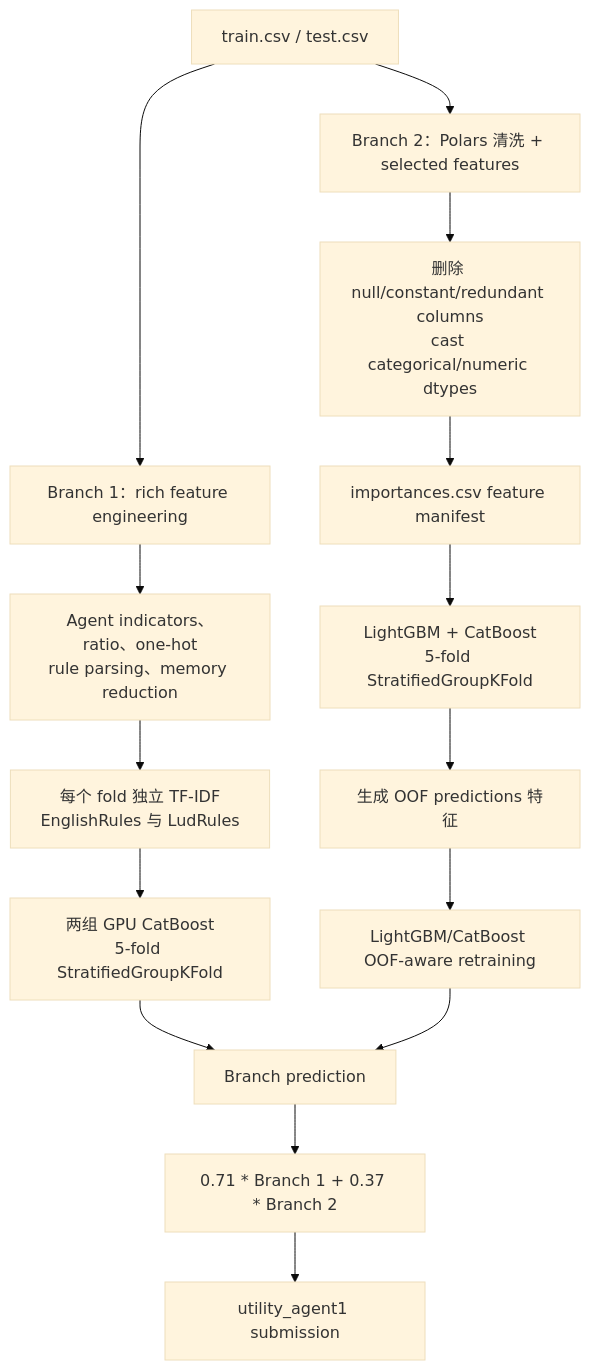
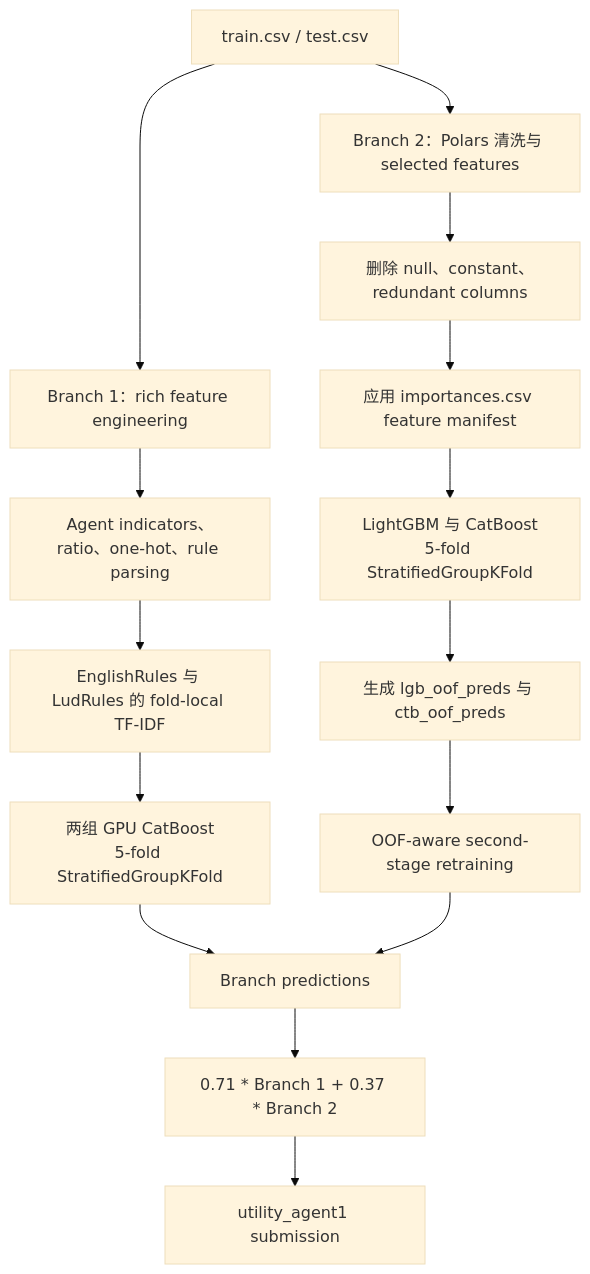
Before and after one commit to huajianv587/um-game-playing-strength-of-mcts-variants_huajian: the diagram in README_zh.md, drawn with Mermaid (base theme). The commit also changed other lines of this file and 1 other file, not shown here.

````diff
--- a/README_zh.md
+++ b/README_zh.md
@@ -40,17 +37,17 @@
 ```mermaid
 graph TD
     A[train.csv / test.csv] --> B1[Branch 1：rich feature engineering]
-    A --> B2[Branch 2：Polars 清洗 + selected features]
-    B1 --> C1[Agent indicators、ratio、one-hot\nrule parsing、memory reduction]
-    C1 --> D1[每个 fold 独立 TF-IDF\nEnglishRules 与 LudRules]
-    D1 --> E1[两组 GPU CatBoost\n5-fold StratifiedGroupKFold]
-    B2 --> C2[删除 null/constant/redundant columns\ncast categorical/numeric dtypes]
-    C2 --> D2[importances.csv feature manifest]
-    D2 --> E2[LightGBM + CatBoost\n5-fold StratifiedGroupKFold]
-    E2 --> F2[生成 OOF predictions 特征]
-    F2 --> G2[LightGBM/CatBoost OOF-aware retraining]
-    E1 --> H[Branch prediction]
+    A --> B2[Branch 2：Polars 清洗与 selected features]
+    B1 --> C1[Agent indicators、ratio、one-hot、rule parsing]
+    C1 --> D1[EnglishRules 与 LudRules 的 fold-local TF-IDF]
+    D1 --> E1[两组 GPU CatBoost<br/>5-fold StratifiedGroupKFold]
+    B2 --> C2[删除 null、constant、redundant columns]
+    C2 --> D2[应用 importances.csv feature manifest]
+    D2 --> E2[LightGBM 与 CatBoost<br/>5-fold StratifiedGroupKFold]
+    E2 --> F2[生成 lgb_oof_preds 与 ctb_oof_preds]
+    F2 --> G2[OOF-aware second-stage retraining]
+    E1 --> H[Branch predictions]
     G2 --> H
     H --> I[0.71 * Branch 1 + 0.37 * Branch 2]
     I --> J[utility_agent1 submission]
 ```
````
